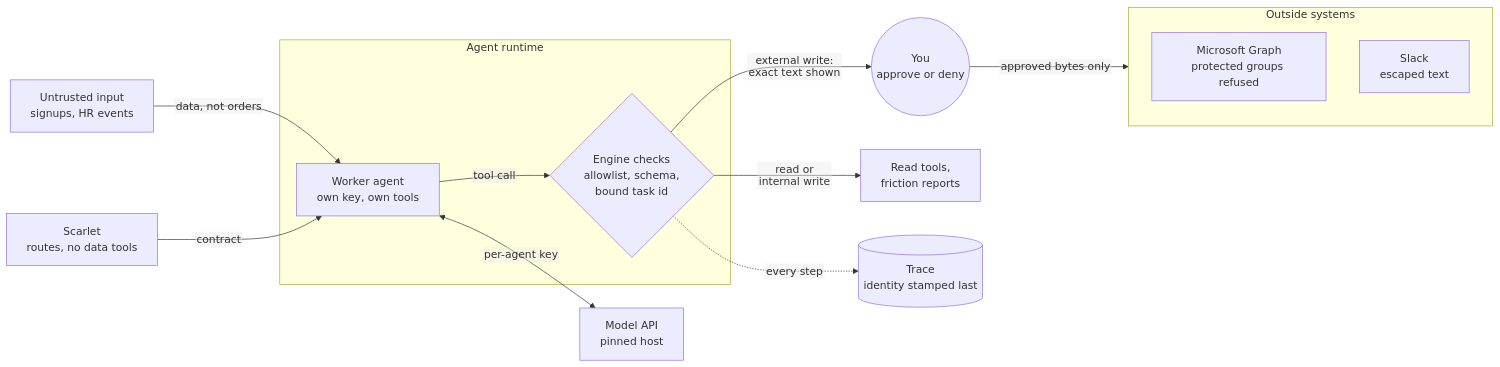
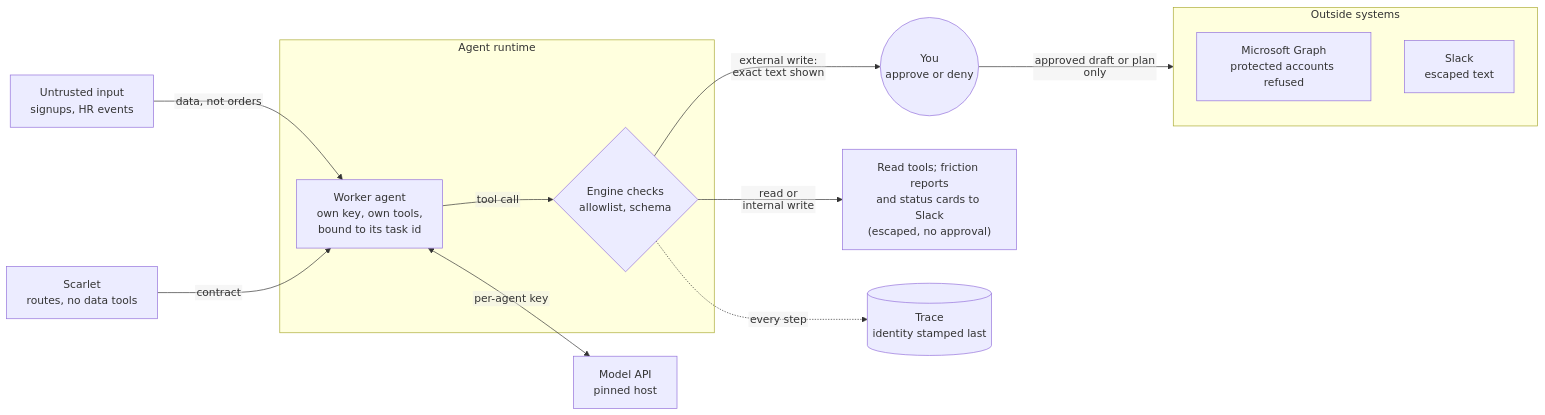
The second of 3 diagrams in README.md (willshchang/WSHC-ZTAI-Lab), drawn with Mermaid before and after one commit. The commit also changed other lines of this file and 1 other file, not shown here.

````diff
--- a/README.md
+++ b/README.md
@@ -157,31 +157,31 @@
 ```mermaid
 %%{init: {"flowchart": {"htmlLabels": false}}}%%
 flowchart LR
     data["Untrusted input<br/>signups, HR events"]
     scarlet["Scarlet<br/>routes, no data tools"]
     model["Model API<br/>pinned host"]
 
     subgraph RT["Agent runtime"]
-        worker["Worker agent<br/>own key, own tools"]
-        gate{"Engine checks<br/>allowlist, schema,<br/>bound task id"}
+        worker["Worker agent<br/>own key, own tools,<br/>bound to its task id"]
+        gate{"Engine checks<br/>allowlist, schema"}
     end
 
     you(("You<br/>approve or deny"))
-    inside["Read tools,<br/>friction reports"]
+    inside["Read tools; friction reports<br/>and status cards to Slack<br/>(escaped, no approval)"]
 
     subgraph EXT["Outside systems"]
-        entra["Microsoft Graph<br/>protected groups refused"]
+        entra["Microsoft Graph<br/>protected accounts refused"]
         slack["Slack<br/>escaped text"]
     end
 
     trace[("Trace<br/>identity stamped last")]
 
     data -->|"data, not orders"| worker
     scarlet -->|"contract"| worker
     worker <-->|"per-agent key"| model
     worker -->|"tool call"| gate
     gate -->|"read or<br/>internal write"| inside
     gate -->|"external write:<br/>exact text shown"| you
-    you -->|"approved bytes only"| EXT
+    you -->|"approved draft or plan only"| EXT
     gate -.->|"every step"| trace
 ```
````
